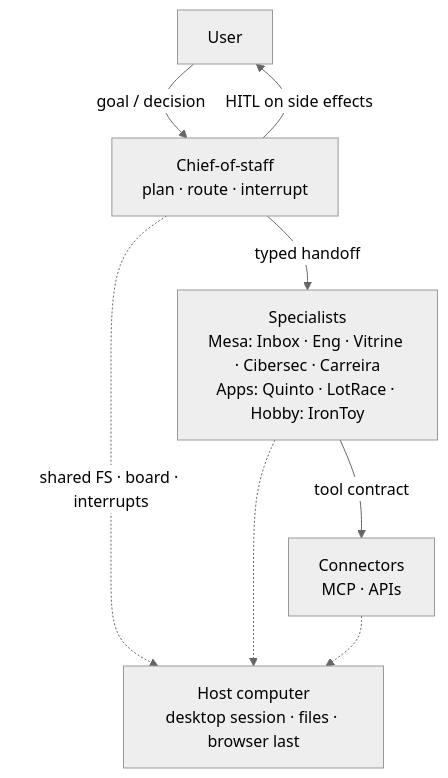
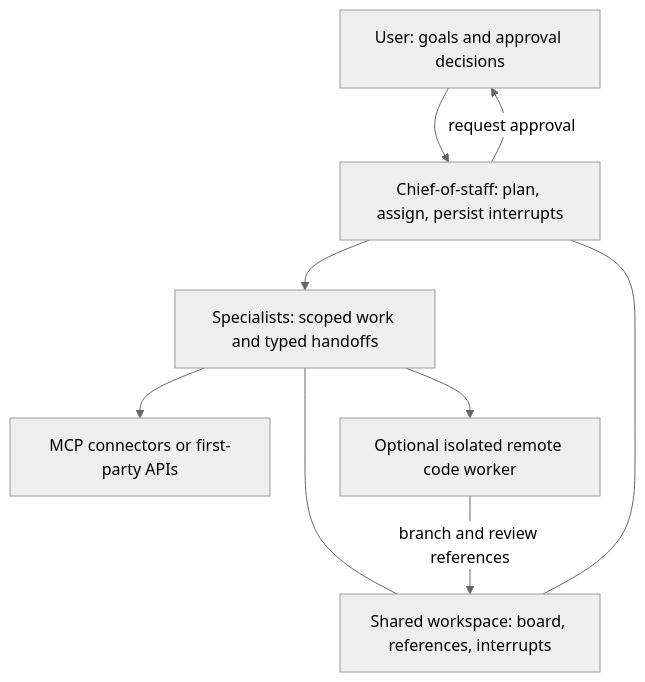
The diagram in README.md (tiagovilasboas/grok-bot-architecture), drawn with Mermaid (neutral theme) before and after one commit. The commit also changed other lines of this file and 49 other files, not shown here.

````diff
--- a/README.md
+++ b/README.md
@@ -69,16 +54,18 @@
 ```mermaid
 flowchart TB
-  User["User"]
-  CoS["Chief-of-staff<br/>plan · route · interrupt"]
-  Specs["Specialists<br/>Mesa: Inbox · Eng · Vitrine · Cibersec · Carreira<br/>Apps: Quinto · LotRace · Hobby: IronToy"]
-  Conn["Connectors<br/>MCP · APIs"]
-  Host["Host computer<br/>desktop session · files · browser last"]
+  User["User: goals and approval decisions"]
+  CoS["Chief-of-staff: plan, assign, persist interrupts"]
+  Specialists["Specialists: scoped work and typed handoffs"]
+  Connectors["MCP connectors or first-party APIs"]
+  Store["Shared workspace: board, references, interrupts"]
+  Worker["Optional isolated remote code worker"]
 
-  User -->|"goal / decision"| CoS
-  CoS -->|"typed handoff"| Specs
-  Specs -->|"tool contract"| Conn
-  CoS -.->|"shared FS · board · interrupts"| Host
-  Specs -.-> Host
-  Conn -.-> Host
-  CoS -->|"HITL on side effects"| User
+  User --> CoS
+  CoS --> Specialists
+  Specialists --> Connectors
+  CoS --- Store
+  Specialists --- Store
+  Specialists --> Worker
+  Worker -->|"branch and review references"| Store
+  CoS -->|"request approval"| User
 ```
````
